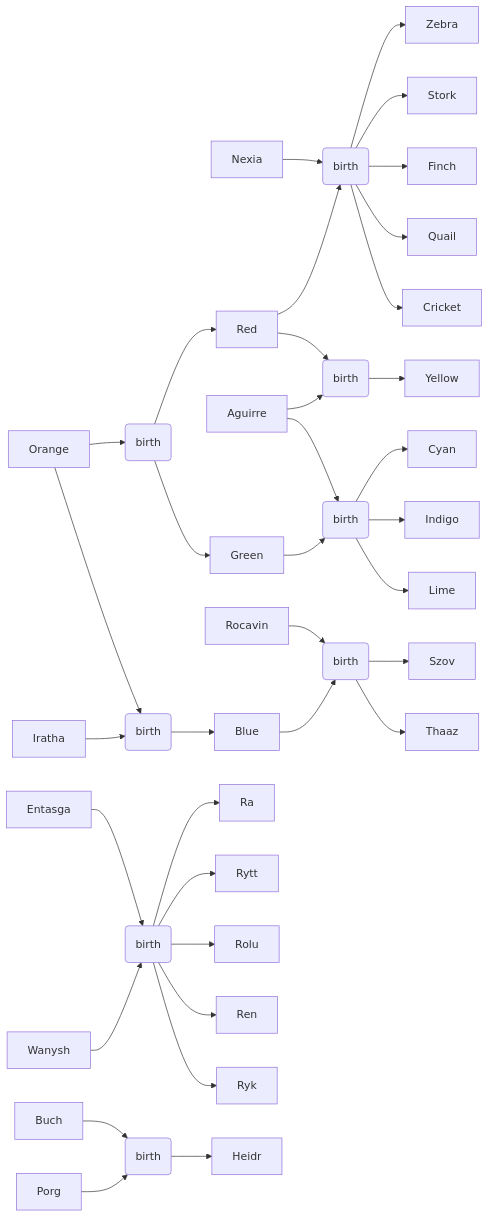
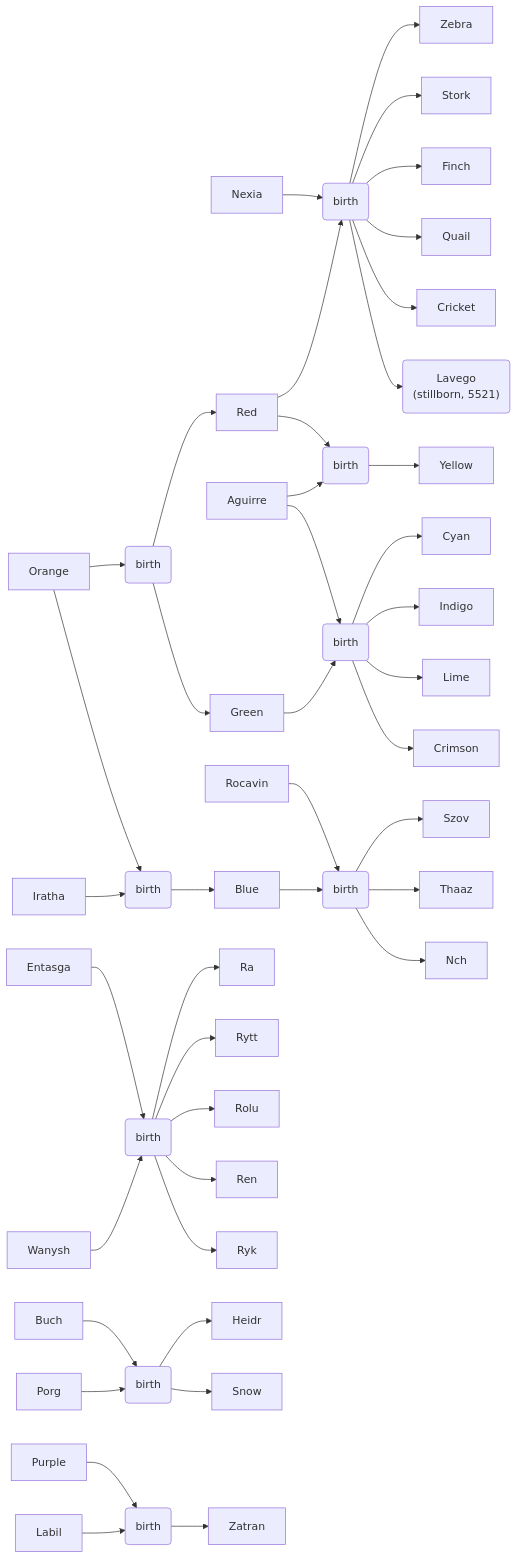
The diagram in plays/SparrowTribe2025/FamilyTrees.md (WuphonsReach/rimworld-notes), drawn with Mermaid before and after one commit. The commit also changed 2 other files, not shown here.

````diff
--- a/plays/SparrowTribe2025/FamilyTrees.md
+++ b/plays/SparrowTribe2025/FamilyTrees.md
@@ -5,43 +5,55 @@
 ```mermaid
 ---
   config:
     class:
       hideEmptyMembersBox: true
 ---
 flowchart LR
   Orange --> OrangeMarriage(birth)
   OrangeMarriage --> Red
   Nexia --> RedNexia(birth)
   Red --> RedNexia(birth)
   RedNexia --> Zebra
   RedNexia --> Stork
   RedNexia --> Finch
   RedNexia --> Quail
   RedNexia --> Cricket
+  RedNexia --> Lavego("Lavego
+              (stillborn, 5521)")
   Red --> RedAguirre(birth)
   Aguirre --> RedAguirre(birth)
   OrangeMarriage --> Green
   Orange --> OrangeIratha(birth)
   Iratha --> OrangeIratha(birth)
   OrangeIratha --> Blue
   Rocavin --> BlueRocavin(birth)
   Blue --> BlueRocavin(birth)
   BlueRocavin(birth) --> Szov
   BlueRocavin(birth) --> Thaaz
+  BlueRocavin(birth) --> Nch
+  
   Entasga --> EntasgaWanysh(birth)
   Wanysh --> EntasgaWanysh(birth)
   EntasgaWanysh --> Ra
   EntasgaWanysh --> Rytt
   EntasgaWanysh --> Rolu
   EntasgaWanysh --> Ren
   EntasgaWanysh --> Ryk
+  
   RedAguirre --> Yellow
   Aguirre --> GreenAguirre(birth)
   Green --> GreenAguirre(birth) 
   GreenAguirre --> Cyan
   GreenAguirre --> Indigo
   GreenAguirre --> Lime
+  GreenAguirre --> Crimson
+  
   Buch --> BuchPorg(birth)
   Porg --> BuchPorg(birth) 
   BuchPorg(birth) --> Heidr
+  BuchPorg(birth) --> Snow
+
+  Purple --> PurpleLabil(birth)
+  Labil --> PurpleLabil(birth)
+  PurpleLabil --> Zatran
 ```
````
